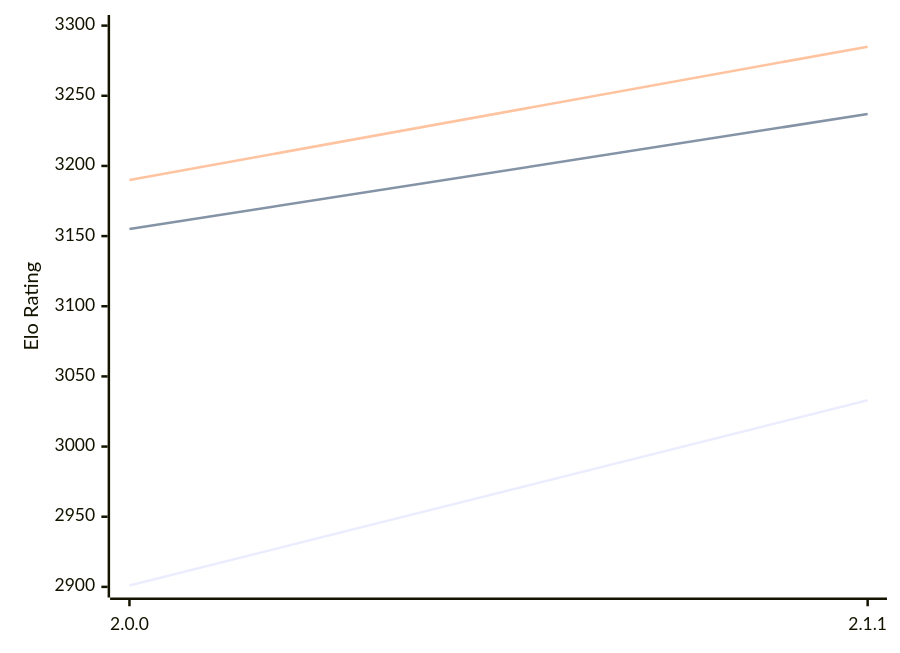
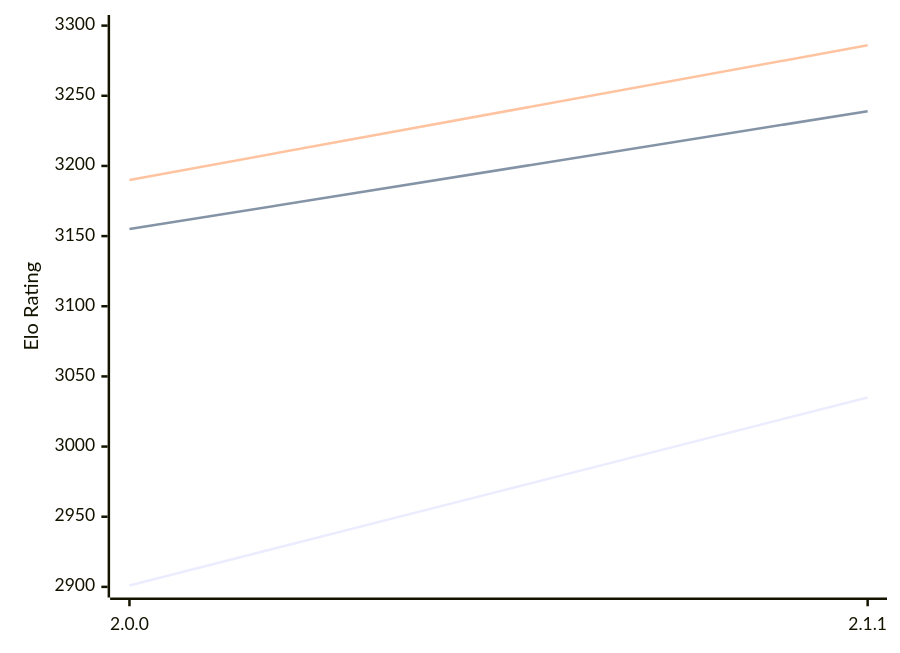
One commit to computer-chess-index/cci changed the diagram in engines/Bread.md. Above: the diagram before and after it, drawn with Mermaid. The commit also changed other lines of this file, not shown here.

Commit message:
Update CCI Ratings (ELO VLTC) - 2026-02-13

````diff
--- a/engines/Bread.md
+++ b/engines/Bread.md
@@ -47,9 +47,9 @@
 ```mermaid
 %%{init: {"theme":"base","themeVariables":{"seriesColors:['#a3a3a3','#222221','#faa371']}}}%%
 xychart-beta
   x-axis ["2.0.0", "2.1.1"]
   y-axis "Elo Rating" 2900 --> 3300
-  line "STC (8.0+0.08s)" [2901, 3033]
-  line "LTC (60.0+0.60s)" [3155, 3237]
-  line "VLTC (2m24s+1.12s)" [3190, 3285]
+  line "STC (8.0+0.08s)" [2901, 3035]
+  line "LTC (60.0+0.60s)" [3155, 3239]
+  line "VLTC (2m24s+1.12s)" [3190, 3286]
 ```
````
